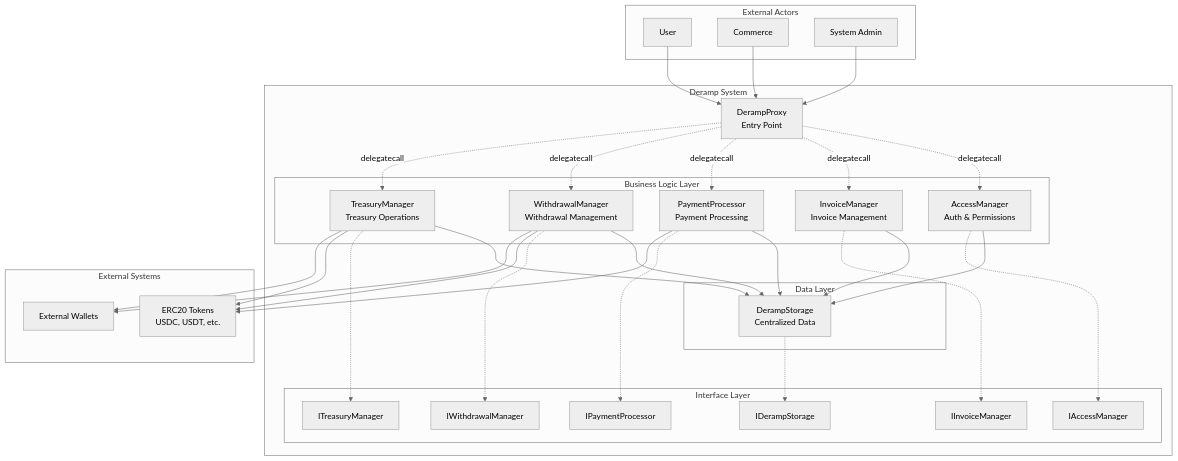
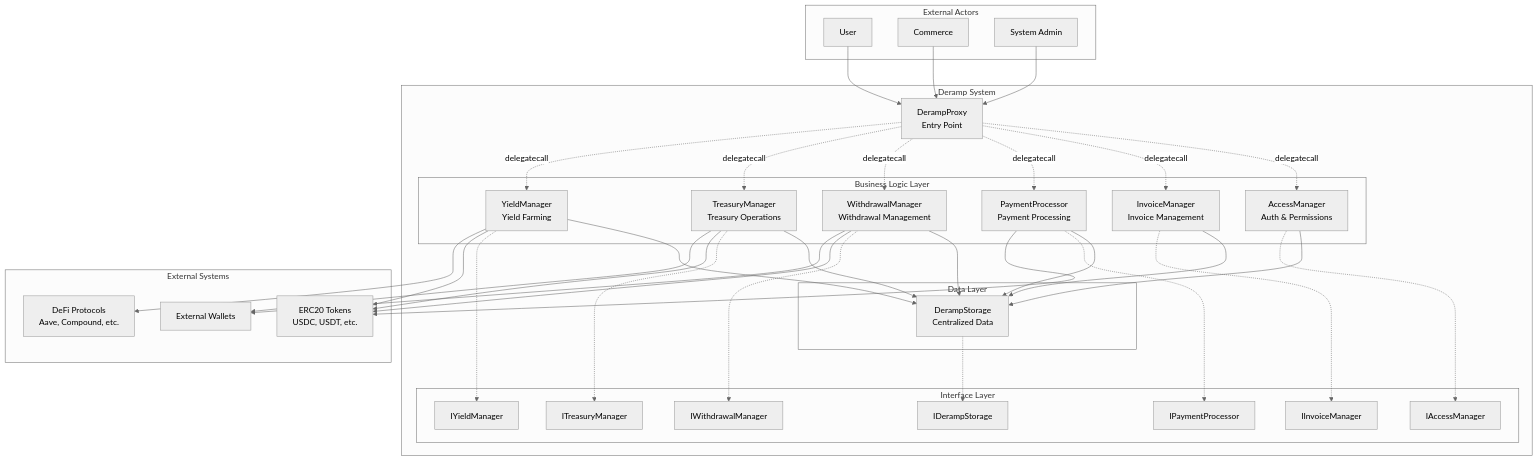
One commit to csacanam/deramp-contracts changed the first of 6 diagrams in docs/ARCHITECTURE.md. Above: the diagram before and after it, drawn with Mermaid (neutral theme). The commit also changed other lines of this file and 1 other file, not shown here.

Commit message:
updatd README and ARCHITECTURE documentation

````diff
--- a/docs/ARCHITECTURE.md
+++ b/docs/ARCHITECTURE.md
@@ -127,71 +147,79 @@
 ```mermaid
 graph TB
     %% External Actors
     subgraph "External Actors"
         User[User]
         Commerce[Commerce]
         Admin[System Admin]
     end
 
     %% Main System
     subgraph "Deramp System"
         Proxy[DerampProxy<br/>Entry Point]
 
         subgraph "Business Logic Layer"
             AccessMgr[AccessManager<br/>Auth & Permissions]
             InvoiceMgr[InvoiceManager<br/>Invoice Management]
             PaymentProc[PaymentProcessor<br/>Payment Processing]
             WithdrawalMgr[WithdrawalManager<br/>Withdrawal Management]
             TreasuryMgr[TreasuryManager<br/>Treasury Operations]
+            YieldMgr[YieldManager<br/>Yield Farming]
         end
 
         subgraph "Data Layer"
             Storage[DerampStorage<br/>Centralized Data]
         end
 
         subgraph "Interface Layer"
             IAccessMgr[IAccessManager]
             IInvoiceMgr[IInvoiceManager]
             IPaymentProc[IPaymentProcessor]
             IWithdrawalMgr[IWithdrawalManager]
             ITreasuryMgr[ITreasuryManager]
+            IYieldMgr[IYieldManager]
             IStorage[IDerampStorage]
         end
     end
 
     %% External Systems
     subgraph "External Systems"
         ERC20[ERC20 Tokens<br/>USDC, USDT, etc.]
         Wallets[External Wallets]
+        DeFi[DeFi Protocols<br/>Aave, Compound, etc.]
     end
 
     %% Connections
     User --> Proxy
     Commerce --> Proxy
     Admin --> Proxy
 
     Proxy -.->|delegatecall| AccessMgr
     Proxy -.->|delegatecall| InvoiceMgr
     Proxy -.->|delegatecall| PaymentProc
     Proxy -.->|delegatecall| WithdrawalMgr
     Proxy -.->|delegatecall| TreasuryMgr
+    Proxy -.->|delegatecall| YieldMgr
 
     AccessMgr --> Storage
     InvoiceMgr --> Storage
     PaymentProc --> Storage
     WithdrawalMgr --> Storage
     TreasuryMgr --> Storage
+    YieldMgr --> Storage
 
     AccessMgr -.-> IAccessMgr
     InvoiceMgr -.-> IInvoiceMgr
     PaymentProc -.-> IPaymentProc
     WithdrawalMgr -.-> IWithdrawalMgr
     TreasuryMgr -.-> ITreasuryMgr
+    YieldMgr -.-> IYieldMgr
     Storage -.-> IStorage
 
     PaymentProc --> ERC20
     WithdrawalMgr --> ERC20
     TreasuryMgr --> ERC20
+    YieldMgr --> ERC20
+    YieldMgr --> DeFi
     WithdrawalMgr --> Wallets
     TreasuryMgr --> Wallets
 ```
````
